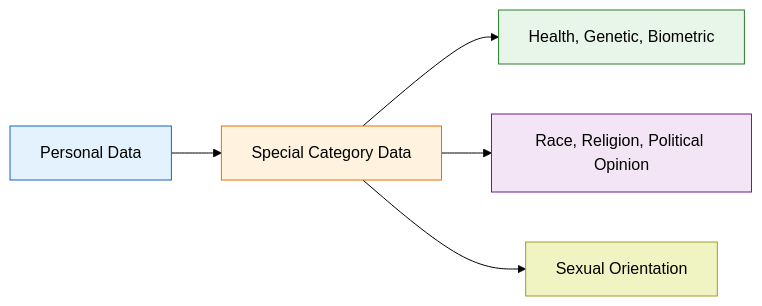
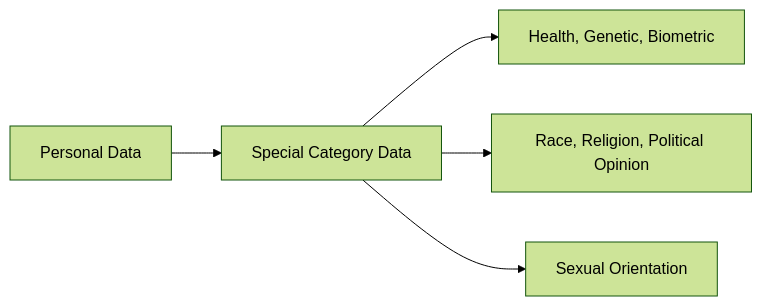
One commit to thomgiles/DSDSP changed the second of 5 diagrams in training_site/essential_digital_skills/episodes/03-data_governance_and_policy.qmd. Above: the diagram before and after it, drawn with Mermaid (forest theme). The commit also changed other lines of this file and 2 other files, not shown here.

````diff
--- a/training_site/essential_digital_skills/episodes/03-data_governance_and_policy.qmd
+++ b/training_site/essential_digital_skills/episodes/03-data_governance_and_policy.qmd
@@ -79,13 +98,7 @@
 ```{mermaid}
 flowchart LR
     A[Personal Data] --> B[Special Category Data]
     B --> C[Health, Genetic, Biometric]
     B --> D[Race, Religion, Political Opinion]
     B --> E[Sexual Orientation]
-
-    style A fill:#E3F2FD,stroke:#1565C0,stroke-width:1px
-    style B fill:#FFF3E0,stroke:#EF6C00,stroke-width:1px
-    style C fill:#E8F5E9,stroke:#2E7D32,stroke-width:1px
-    style D fill:#F3E5F5,stroke:#6A1B9A,stroke-width:1px
-    style E fill:#F0F4C3,stroke:#9E9D24,stroke-width:1px
 ```
````
